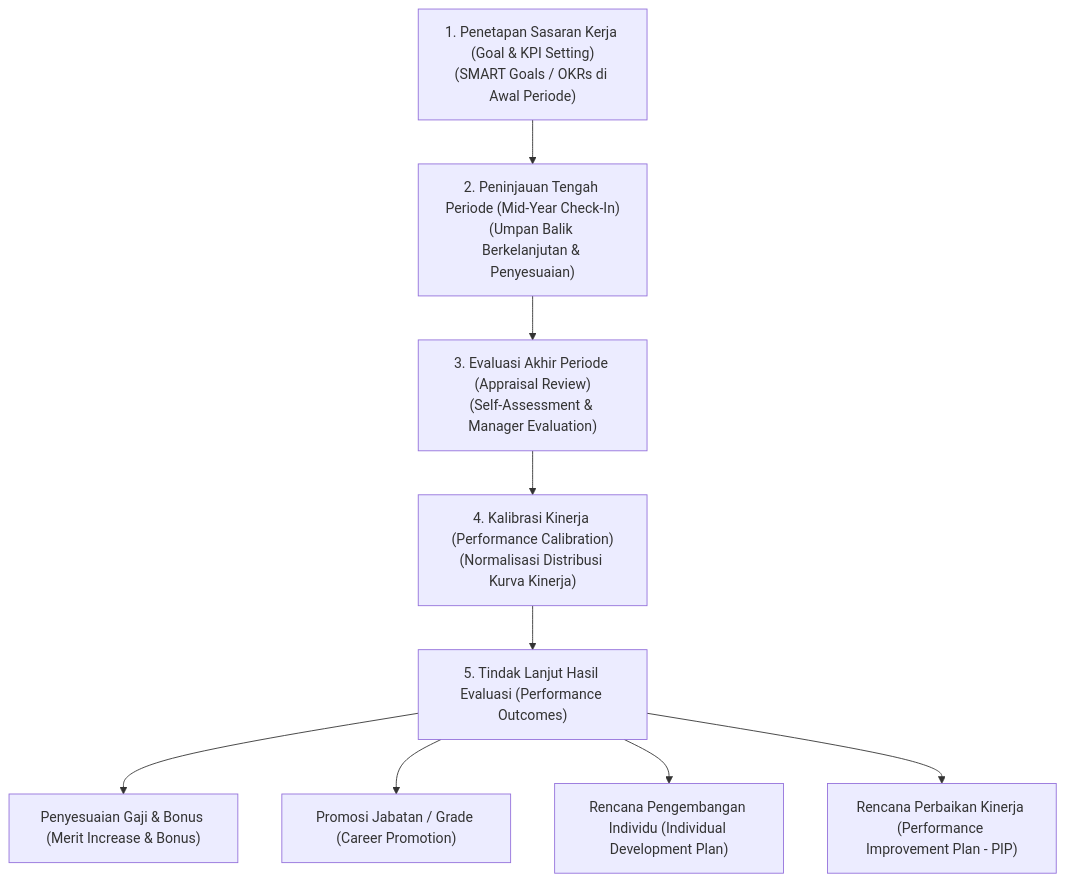
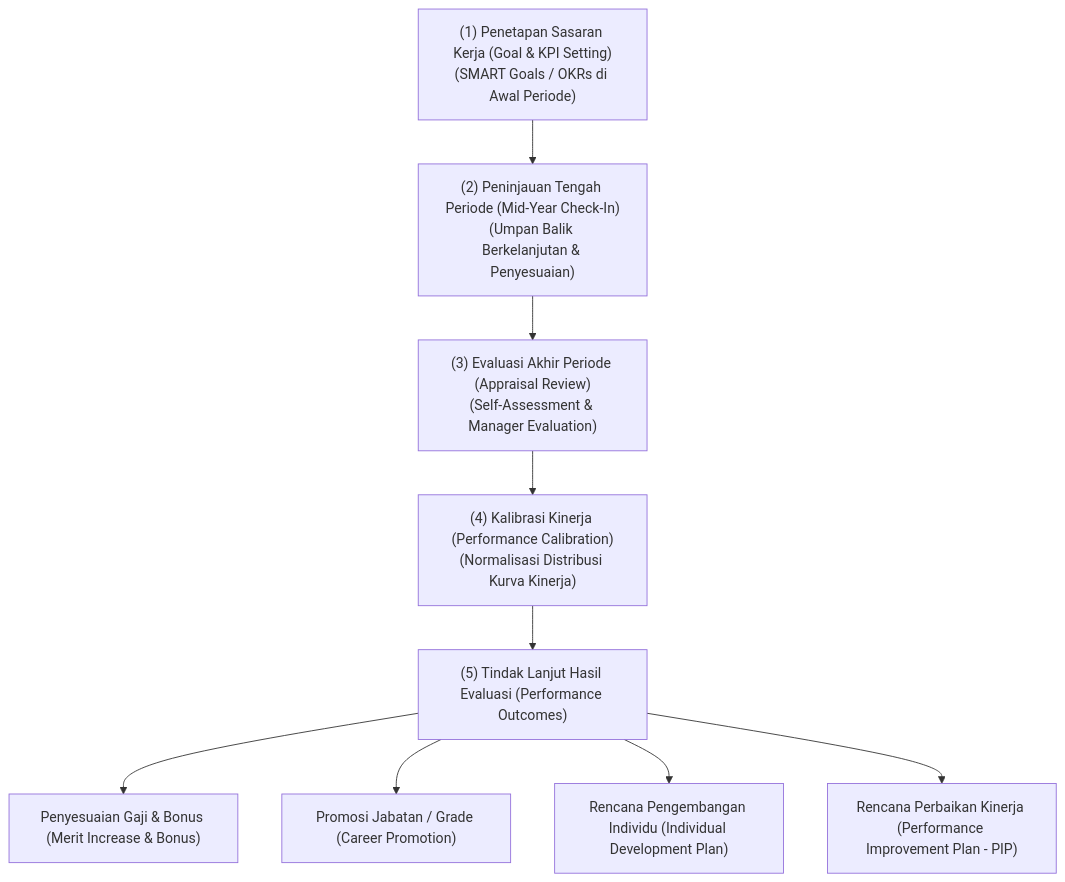
The first of 2 diagrams in content/10-hr/performance-and-employee-management.md (alimurrofid/erp-notes), drawn with Mermaid before and after one commit. The commit also changed 132 other files, not shown here.

````diff
--- a/content/10-hr/performance-and-employee-management.md
+++ b/content/10-hr/performance-and-employee-management.md
@@ -29,12 +29,12 @@
 ```mermaid
 flowchart TD
-    GOAL["1. Penetapan Sasaran Kerja (Goal & KPI Setting)<br/>(SMART Goals / OKRs di Awal Periode)"] --> MID["2. Peninjauan Tengah Periode (Mid-Year Check-In)<br/>(Umpan Balik Berkelanjutan & Penyesuaian)"]
-    MID --> EVAL["3. Evaluasi Akhir Periode (Appraisal Review)<br/>(Self-Assessment & Manager Evaluation)"]
-    EVAL --> CALIB["4. Kalibrasi Kinerja (Performance Calibration)<br/>(Normalisasi Distribusi Kurva Kinerja)"]
-    CALIB --> OUTCOME["5. Tindak Lanjut Hasil Evaluasi (Performance Outcomes)"]
+    GOAL["(1) Penetapan Sasaran Kerja (Goal & KPI Setting)<br/>(SMART Goals / OKRs di Awal Periode)"] --> MID["(2) Peninjauan Tengah Periode (Mid-Year Check-In)<br/>(Umpan Balik Berkelanjutan & Penyesuaian)"]
+    MID --> EVAL["(3) Evaluasi Akhir Periode (Appraisal Review)<br/>(Self-Assessment & Manager Evaluation)"]
+    EVAL --> CALIB["(4) Kalibrasi Kinerja (Performance Calibration)<br/>(Normalisasi Distribusi Kurva Kinerja)"]
+    CALIB --> OUTCOME["(5) Tindak Lanjut Hasil Evaluasi (Performance Outcomes)"]
     
     OUTCOME --> O1["Penyesuaian Gaji & Bonus (Merit Increase & Bonus)"]
     OUTCOME --> O2["Promosi Jabatan / Grade (Career Promotion)"]
     OUTCOME --> O3["Rencana Pengembangan Individu (Individual Development Plan)"]
     OUTCOME --> O4["Rencana Perbaikan Kinerja (Performance Improvement Plan - PIP)"]
 ```
````
